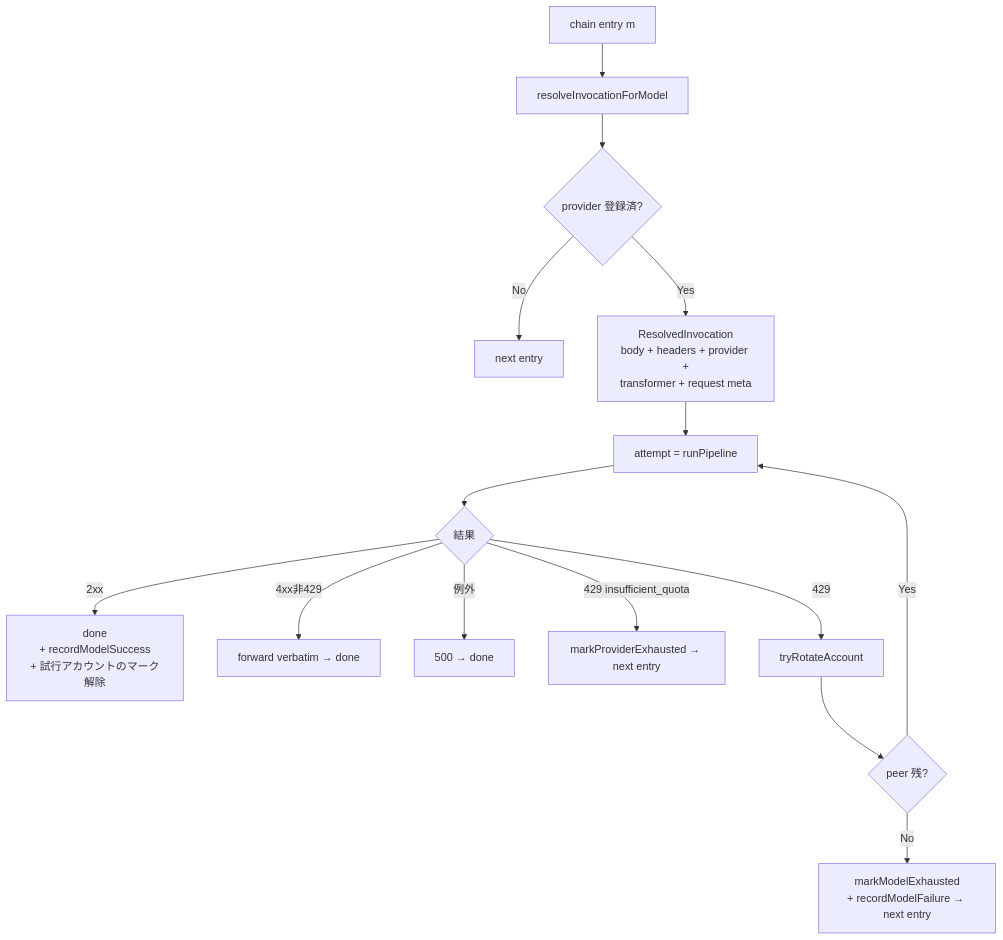
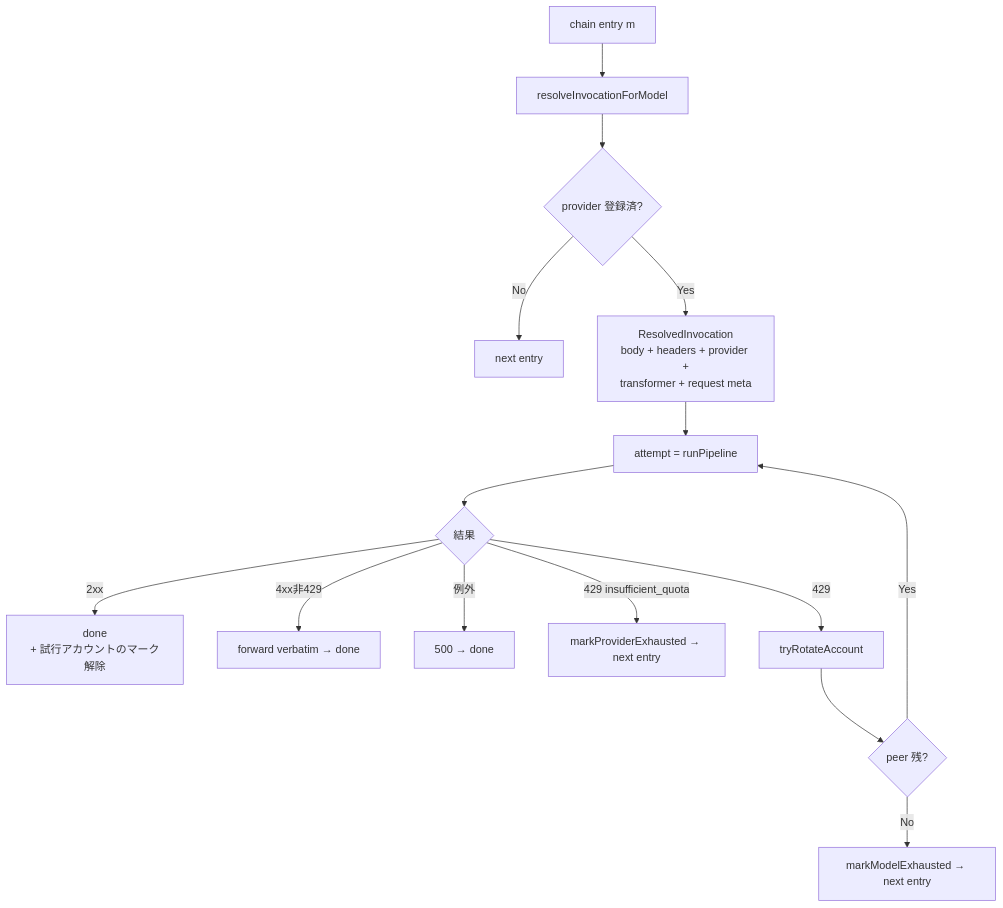
Before and after one commit to tkgstrator/rialto: diagram 11 of 12 in docs/architecture/pipeline-overview.md, drawn with Mermaid. The commit also changed other lines of this file and 14 other files, not shown here.

Commit message:
docs: update architecture and guides for the removal of routing

````diff
--- a/docs/architecture/pipeline-overview.md
+++ b/docs/architecture/pipeline-overview.md
@@ -731,17 +632,17 @@
 ```mermaid
 flowchart TD
   E[chain entry m] --> RI[resolveInvocationForModel]
   RI --> RI1{provider 登録済?}
   RI1 -- No --> NX[next entry]
   RI1 -- Yes --> NV[ResolvedInvocation<br/>body + headers + provider +<br/>transformer + request meta]
   NV --> ATT[attempt = runPipeline]
   ATT --> R{結果}
-  R -- 2xx --> DONE[done<br/>+ recordModelSuccess<br/>+ 試行アカウントのマーク解除]
+  R -- 2xx --> DONE[done<br/>+ 試行アカウントのマーク解除]
   R -- 4xx非429 --> FWD[forward verbatim → done]
   R -- 例外 --> ERR[500 → done]
   R -- 429 insufficient_quota --> MKP[markProviderExhausted → next entry]
   R -- 429 --> RO[tryRotateAccount]
   RO --> RO1{peer 残?}
   RO1 -- Yes --> ATT
-  RO1 -- No --> MK[markModelExhausted<br/>+ recordModelFailure → next entry]
+  RO1 -- No --> MK[markModelExhausted → next entry]
 ```
````
